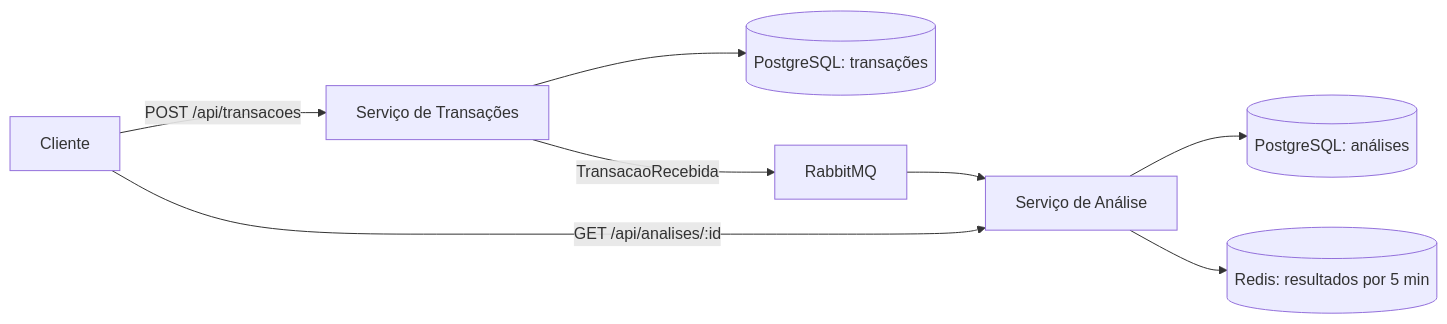
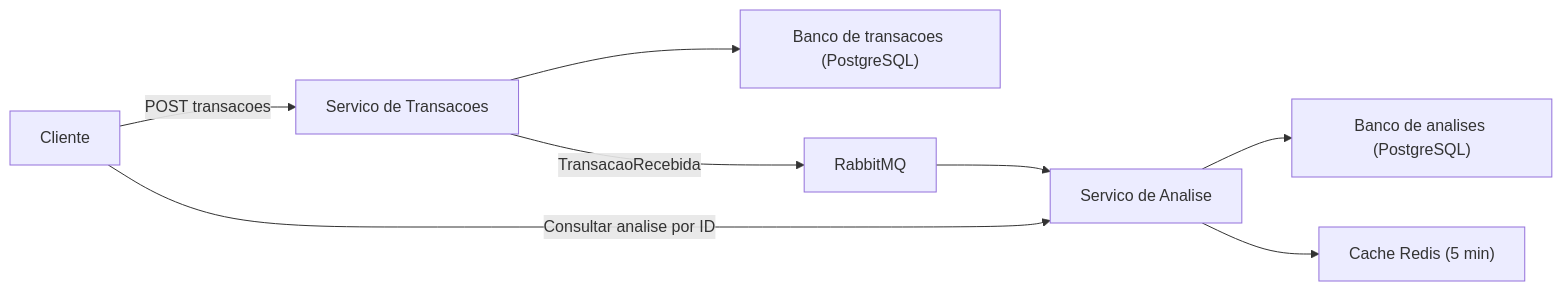
The diagram in README.md (JTBCode86/antifraude-simplificado), drawn with Mermaid before and after one commit.

Commit message:
docs: simplify Mermaid labels for GitHub

````diff
--- a/README.md
+++ b/README.md
@@ -7,10 +7,10 @@
 ```mermaid
 flowchart LR
-    Cliente -->|POST /api/transacoes| T[Serviço de Transações]
-    T --> DB1[(PostgreSQL: transações)]
-    T -->|TransacaoRecebida| Q[RabbitMQ]
-    Q --> A[Serviço de Análise]
-    A --> DB2[(PostgreSQL: análises)]
-    Cliente -->|GET /api/analises/:id| A
-    A --> C[(Redis: resultados por 5 min)]
+    Cliente["Cliente"] -->|"POST transacoes"| T["Servico de Transacoes"]
+    T --> DB1["Banco de transacoes (PostgreSQL)"]
+    T -->|"TransacaoRecebida"| Q["RabbitMQ"]
+    Q --> A["Servico de Analise"]
+    A --> DB2["Banco de analises (PostgreSQL)"]
+    Cliente -->|"Consultar analise por ID"| A
+    A --> C["Cache Redis (5 min)"]
 ```
````
